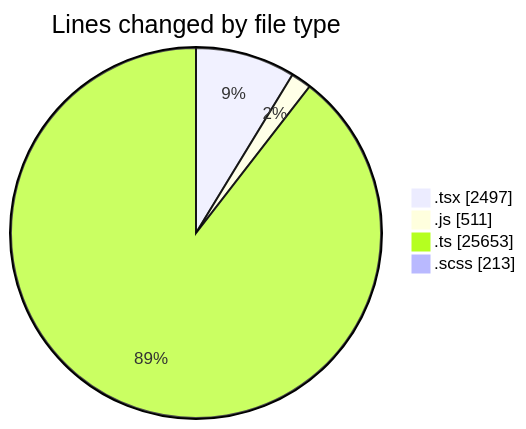
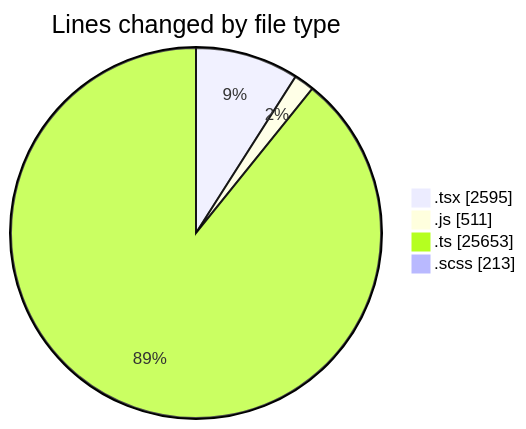
One commit to momahboobian/code-tracking changed the first of 2 diagrams in 2025-06-30/cda/README.md. Above: the diagram before and after it, drawn with Mermaid. The commit also changed other lines of this file and 1 other file, not shown here.

````diff
--- a/2025-06-30/cda/README.md
+++ b/2025-06-30/cda/README.md
@@ -41,8 +41,8 @@
 ```mermaid
 pie showData
 title Lines changed by file type
-".tsx" : 2497
+".tsx" : 2595
 ".js" : 511
 ".ts" : 25653
 ".scss" : 213
 ```
````
